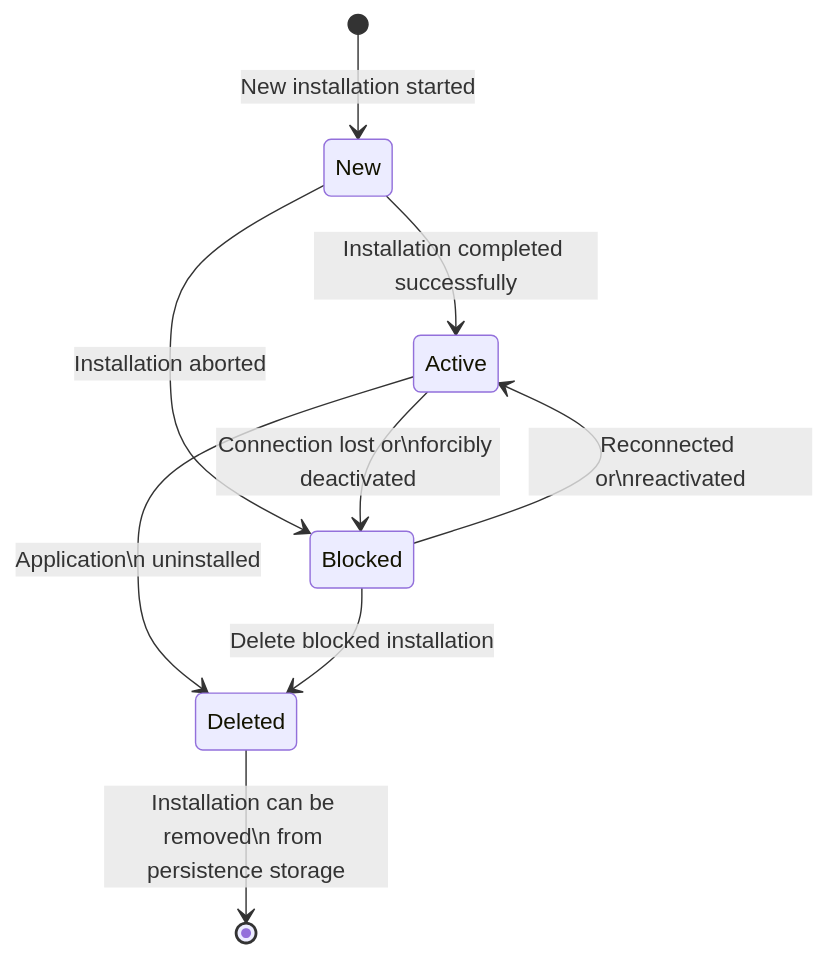
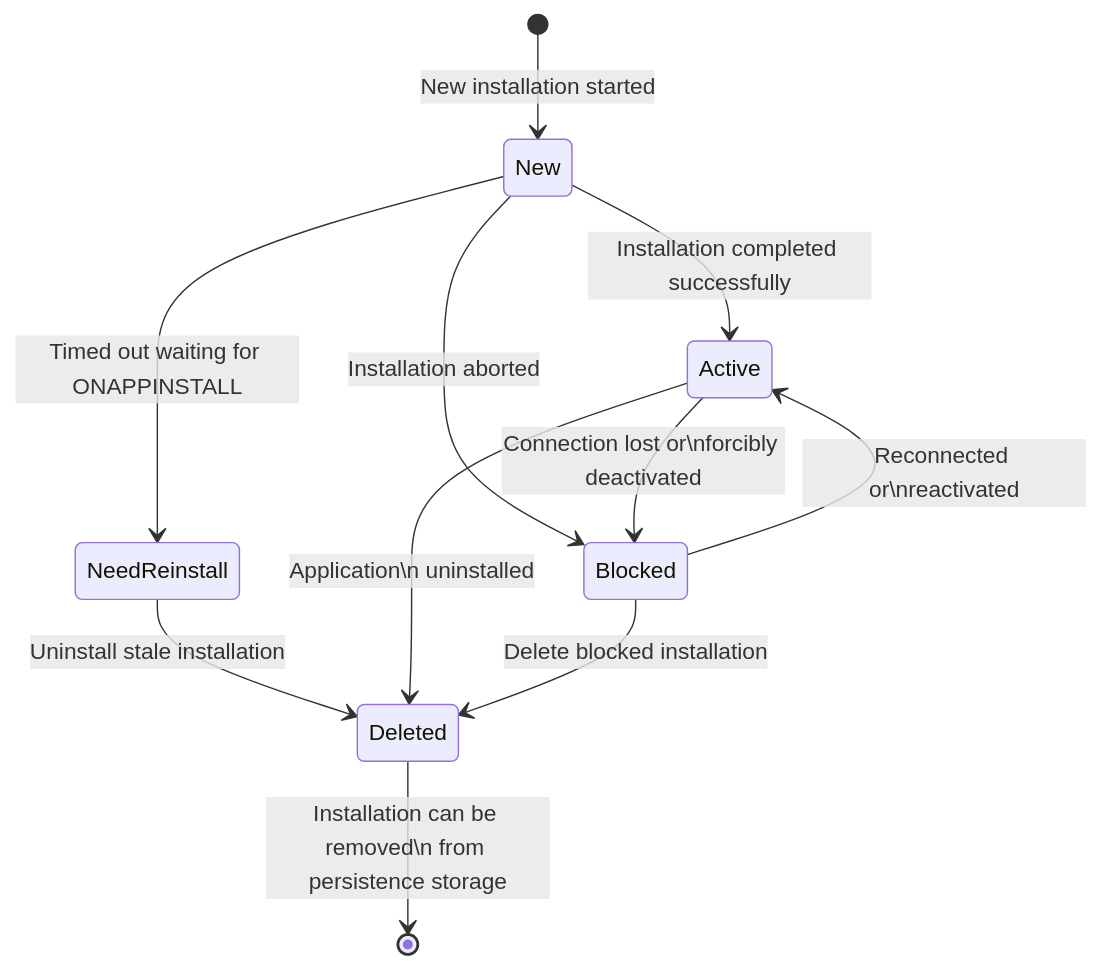
The first of 2 diagrams in src/Application/Contracts/ApplicationInstallations/Docs/ApplicationInstallations.md (bitrix24/b24phpsdk), drawn with Mermaid before and after one commit. The commit also changed other lines of this file and 12 other files, not shown here.

Commit message:
Add stale installation contracts and reference behavior (#580)

````diff
--- a/src/Application/Contracts/ApplicationInstallations/Docs/ApplicationInstallations.md
+++ b/src/Application/Contracts/ApplicationInstallations/Docs/ApplicationInstallations.md
@@ -44,11 +44,13 @@
 ```mermaid
 stateDiagram-v2
     [*] --> New: New installation started
     New --> Active : Installation completed successfully
-    New --> Blocked : Installation aborted 
+    New --> Blocked : Installation aborted
+    New --> NeedReinstall : Timed out waiting for ONAPPINSTALL
+    NeedReinstall --> Deleted : Uninstall stale installation
     Active --> Blocked : Connection lost or\nforcibly deactivated
     Active --> Deleted : Application\n uninstalled
     Blocked --> Active : Reconnected or\nreactivated
     Blocked --> Deleted : Delete blocked installation 
     Deleted --> [*]: Installation can be removed\n from persistence storage
 ```
````
